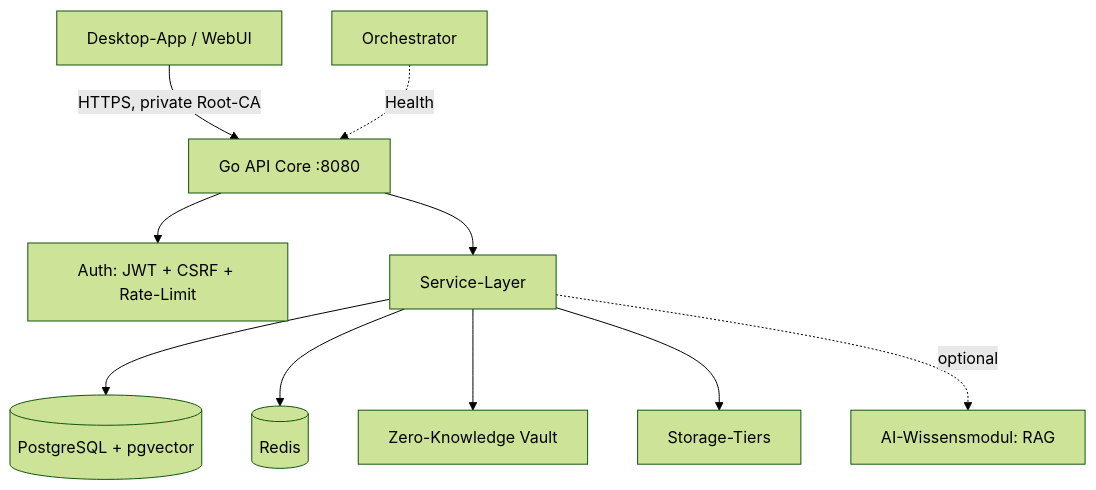
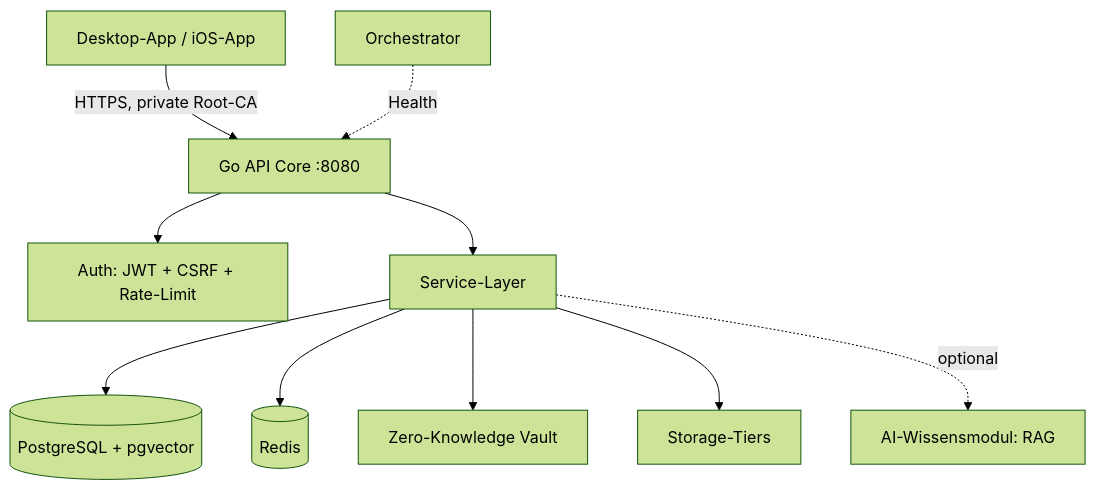
The diagram in README.md (frnd1406/NAS-AI), drawn with Mermaid (forest theme) before and after one commit. The commit also changed other lines of this file and 128 other files, not shown here.

First line of the commit message:
chore: remove WebUI in favor of Desktop and iOS clients

````diff
--- a/README.md
+++ b/README.md
@@ -15,12 +15,12 @@
 ```mermaid
 graph TD
-    Client[Desktop-App / WebUI] -->|HTTPS, private Root-CA| API[Go API Core :8080]
+    Client[Desktop-App / iOS-App] -->|HTTPS, private Root-CA| API[Go API Core :8080]
     API --> Auth[Auth: JWT + CSRF + Rate-Limit]
     API --> Svc[Service-Layer]
     Svc --> DB[(PostgreSQL + pgvector)]
     Svc --> Cache[(Redis)]
     Svc --> Vault[Zero-Knowledge Vault]
     Svc --> FS[Storage-Tiers]
     Svc -. optional .-> AI[AI-Wissensmodul: RAG]
     Orch[Orchestrator] -. Health .-> API
 ```
````
